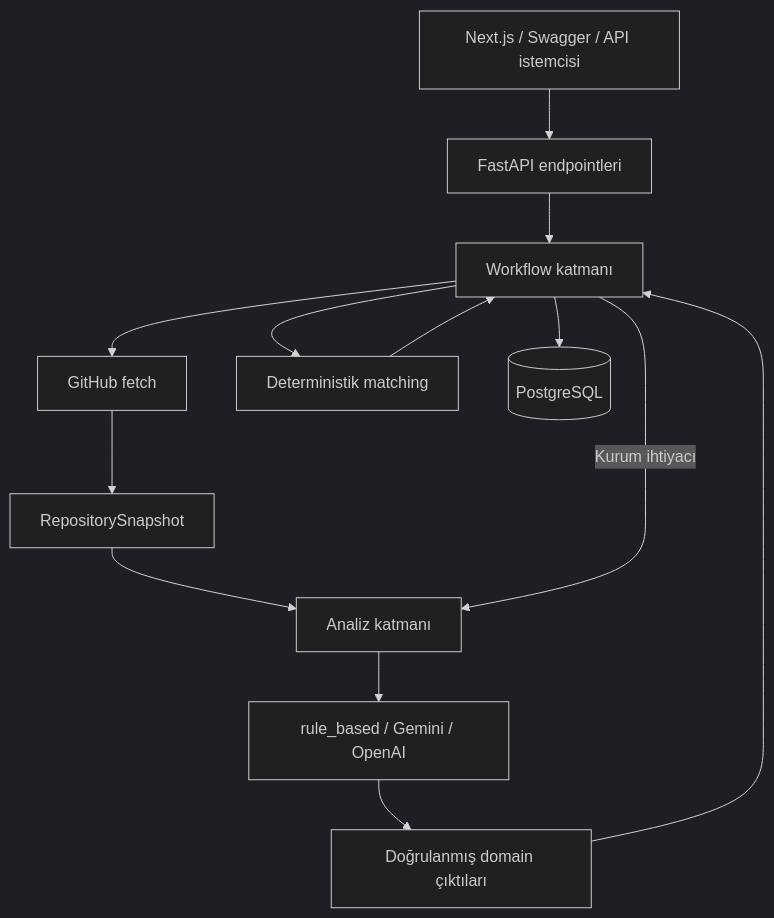
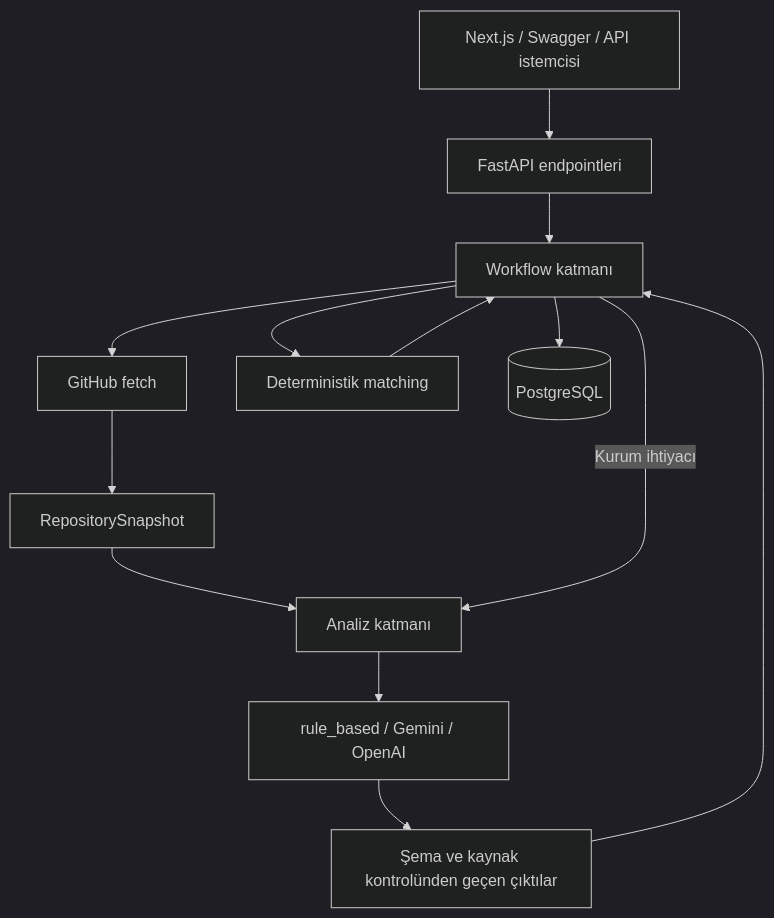
The second of 2 diagrams in README.md (cgdsgcgll/devora-zeminai), drawn with Mermaid (dark theme) before and after one commit. The commit also changed other lines of this file, not shown here.

````diff
--- a/README.md
+++ b/README.md
@@ -70,15 +145,15 @@
 ```mermaid
 flowchart TD
     U[Next.js / Swagger / API istemcisi] --> API[FastAPI endpointleri]
     API --> W[Workflow katmanı]
     W --> G[GitHub fetch]
     G --> S[RepositorySnapshot]
     S --> A[Analiz katmanı]
     W -->|Kurum ihtiyacı| A
     A --> P[rule_based / Gemini / OpenAI]
-    P --> V[Doğrulanmış domain çıktıları]
+    P --> V[Şema ve kaynak kontrolünden geçen çıktılar]
     V --> W
     W --> M[Deterministik matching]
     W --> DB[(PostgreSQL)]
     M --> W
 ```
````
